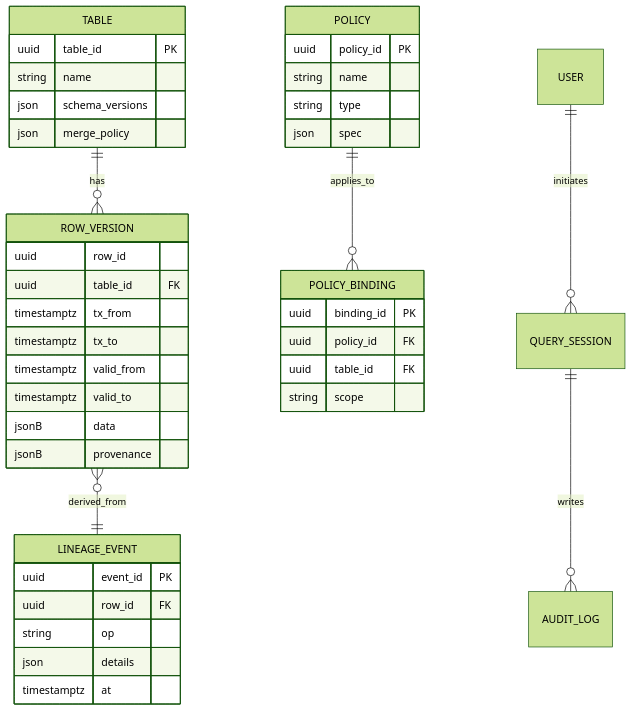
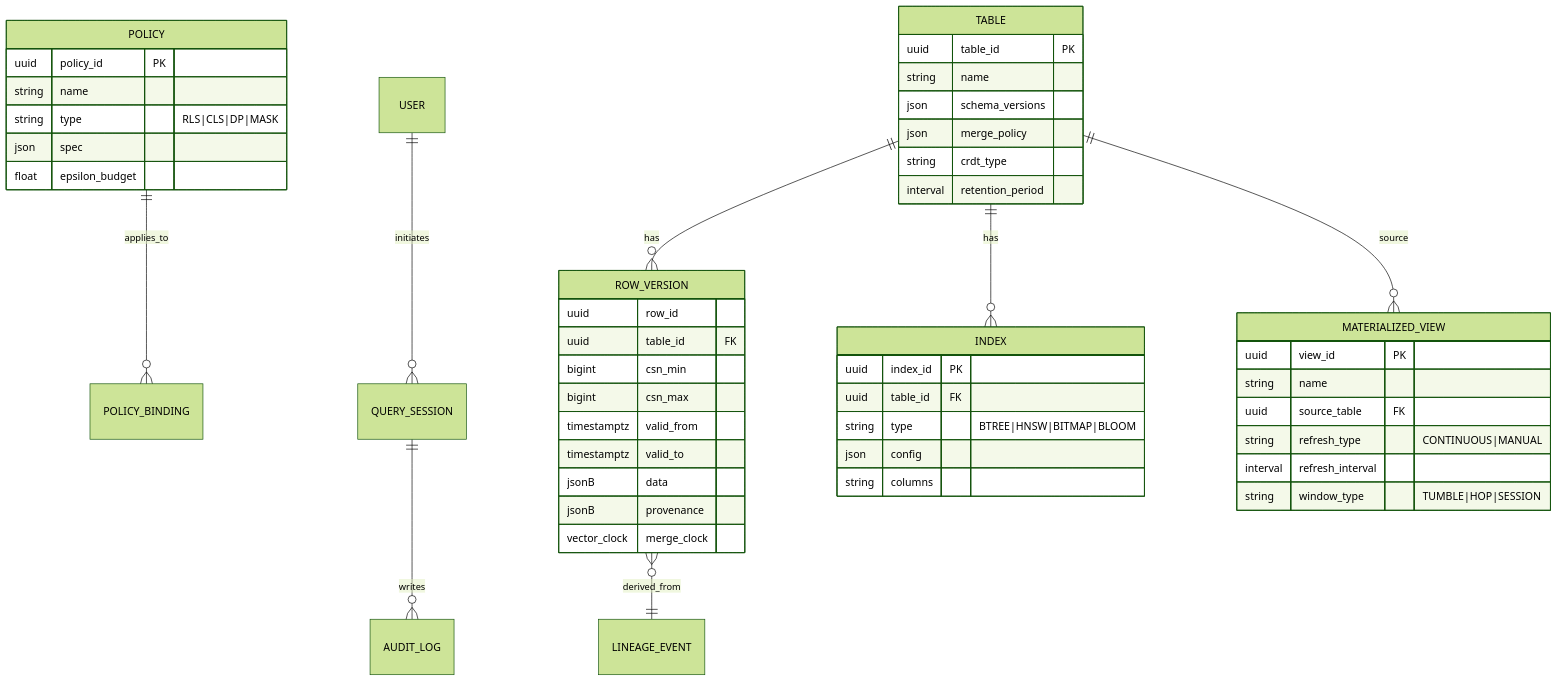
One commit to hoangsonww/LatticeDB-NextGen-DBMS changed the second of 10 diagrams in ARCHITECTURE.md. Above: the diagram before and after it, drawn with Mermaid (forest theme). The commit also changed other lines of this file and 82 other files, not shown here.

````diff
--- a/ARCHITECTURE.md
+++ b/ARCHITECTURE.md
@@ -103,44 +106,52 @@
 ```mermaid
 erDiagram
     TABLE ||--o{ ROW_VERSION : has
     POLICY ||--o{ POLICY_BINDING : applies_to
     ROW_VERSION }o--|| LINEAGE_EVENT : derived_from
-    "USER" ||--o{ QUERY_SESSION : initiates
+    USER ||--o{ QUERY_SESSION : initiates
     QUERY_SESSION ||--o{ AUDIT_LOG : writes
+    TABLE ||--o{ INDEX : has
+    TABLE ||--o{ MATERIALIZED_VIEW : source
 
     TABLE {
         uuid table_id PK
         string name
         json schema_versions
         json merge_policy
+        string crdt_type
+        interval retention_period
     }
     ROW_VERSION {
         uuid row_id
         uuid table_id FK
-        timestamptz tx_from
-        timestamptz tx_to
+        bigint csn_min
+        bigint csn_max
         timestamptz valid_from
         timestamptz valid_to
         jsonB data
         jsonB provenance
+        vector_clock merge_clock
     }
     POLICY {
         uuid policy_id PK
         string name
-        string type
+        string type "RLS|CLS|DP|MASK"
         json spec
+        float epsilon_budget
     }
-    POLICY_BINDING {
-        uuid binding_id PK
-        uuid policy_id FK
+    INDEX {
+        uuid index_id PK
         uuid table_id FK
-        string scope
+        string type "BTREE|HNSW|BITMAP|BLOOM"
+        json config
+        string columns
     }
-    LINEAGE_EVENT {
-        uuid event_id PK
-        uuid row_id FK
-        string op
-        json details
-        timestamptz at
+    MATERIALIZED_VIEW {
+        uuid view_id PK
+        string name
+        uuid source_table FK
+        string refresh_type "CONTINUOUS|MANUAL"
+        interval refresh_interval
+        string window_type "TUMBLE|HOP|SESSION"
     }
 ```
````
